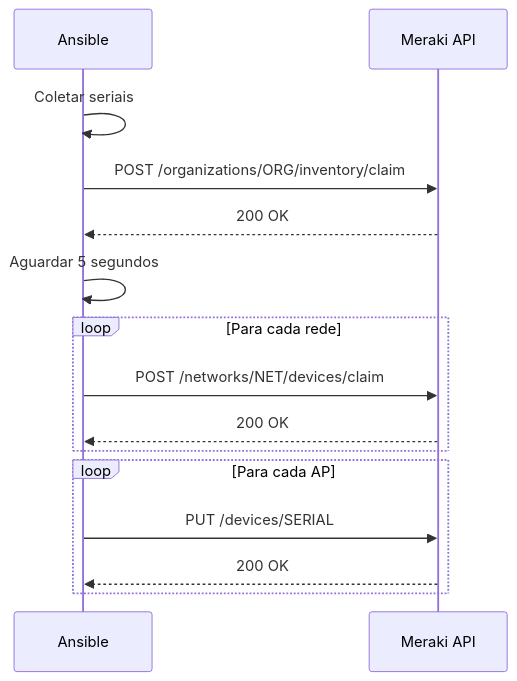
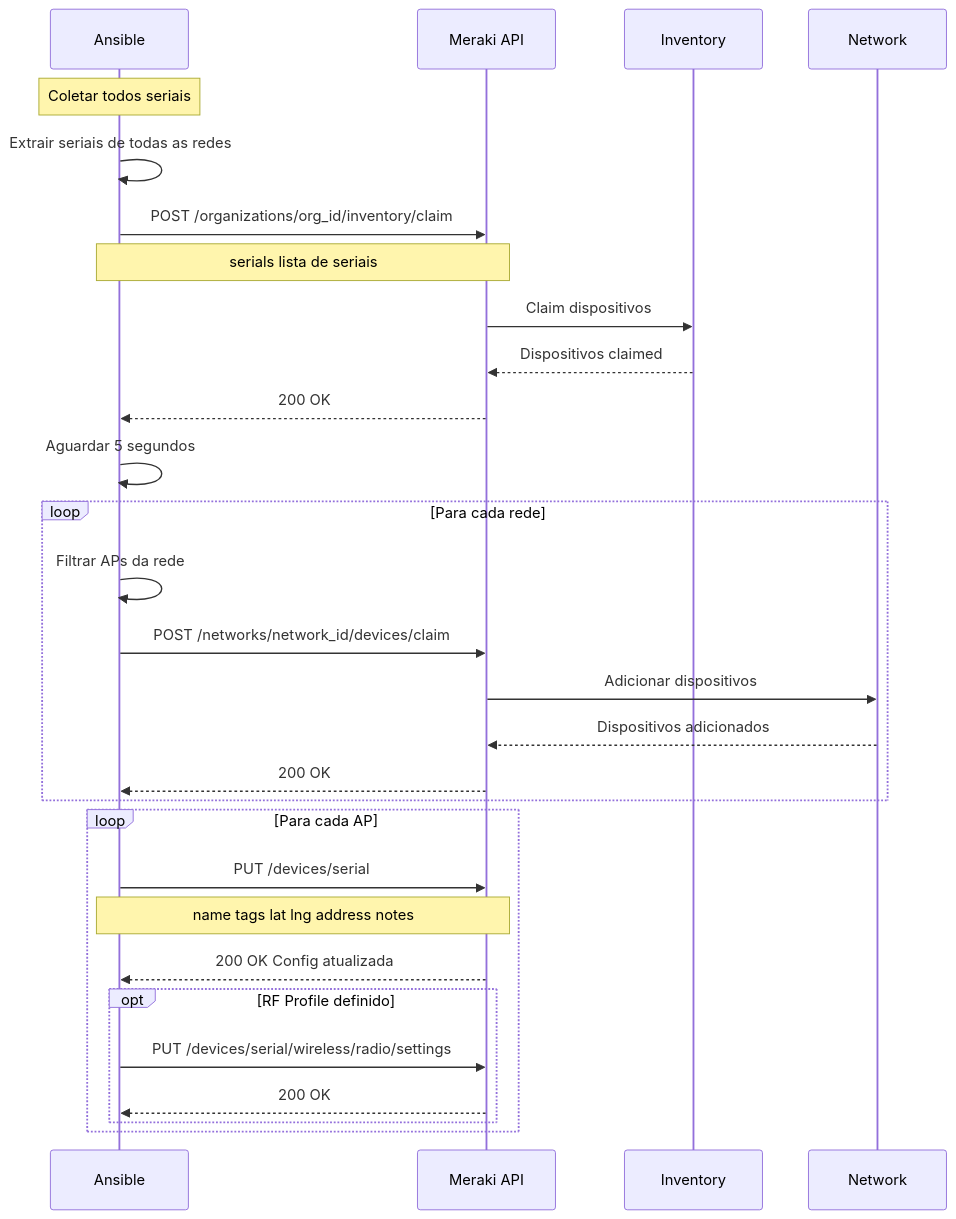
Before and after one commit to rodrigo-freitas-com/meraki-ansible: the ninth of 13 diagrams in docs/system-modeling.md, drawn with Mermaid. The commit also changed other lines of this file, not shown here.

````diff
--- a/docs/system-modeling.md
+++ b/docs/system-modeling.md
@@ -281,21 +332,37 @@
 ```mermaid
 sequenceDiagram
     participant A as Ansible
     participant M as Meraki API
+    participant I as Inventory
+    participant N as Network
 
-    A->>A: Coletar seriais
-    A->>M: POST /organizations/ORG/inventory/claim
+    Note over A: Coletar todos seriais
+    A->>A: Extrair seriais de todas as redes
+
+    A->>M: POST /organizations/org_id/inventory/claim
+    Note over A,M: serials lista de seriais
+    M->>I: Claim dispositivos
+    I-->>M: Dispositivos claimed
     M-->>A: 200 OK
 
     A->>A: Aguardar 5 segundos
 
     loop Para cada rede
-        A->>M: POST /networks/NET/devices/claim
+        A->>A: Filtrar APs da rede
+        A->>M: POST /networks/network_id/devices/claim
+        M->>N: Adicionar dispositivos
+        N-->>M: Dispositivos adicionados
         M-->>A: 200 OK
     end
 
     loop Para cada AP
-        A->>M: PUT /devices/SERIAL
-        M-->>A: 200 OK
+        A->>M: PUT /devices/serial
+        Note over A,M: name tags lat lng address notes
+        M-->>A: 200 OK Config atualizada
+
+        opt RF Profile definido
+            A->>M: PUT /devices/serial/wireless/radio/settings
+            M-->>A: 200 OK
+        end
     end
 ```
````
